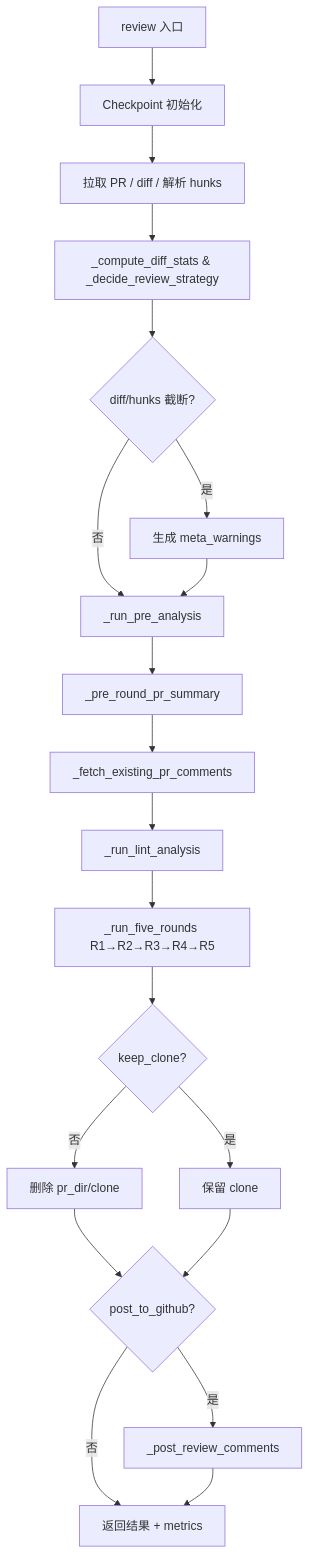
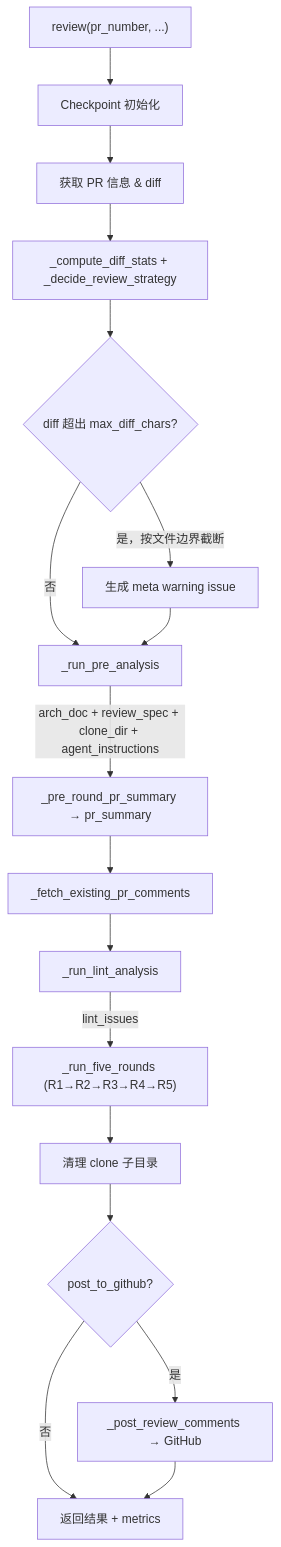
One commit to LazyAGI/LazyLLM changed the diagram in docs/zh/Best Practice/git_review_pipeline.md. Above: the diagram before and after it, drawn with Mermaid. The commit also changed other lines of this file and 5 other files, not shown here.

````diff
--- a/docs/zh/Best Practice/git_review_pipeline.md
+++ b/docs/zh/Best Practice/git_review_pipeline.md
@@ -13,22 +26,19 @@
 ```mermaid
 flowchart TD
-    A[review 入口] --> B[Checkpoint 初始化]
-    B --> C[拉取 PR / diff / 解析 hunks]
-    C --> D[_compute_diff_stats & _decide_review_strategy]
-    D --> E{diff/hunks 截断?}
-    E -->|是| F[生成 meta_warnings]
+    A["review(pr_number, ...)"] --> B[Checkpoint 初始化]
+    B --> C[获取 PR 信息 & diff]
+    C --> D["_compute_diff_stats + _decide_review_strategy"]
+    D --> E{diff 超出 max_diff_chars?}
+    E -->|是，按文件边界截断| F[生成 meta warning issue]
     E -->|否| G[_run_pre_analysis]
     F --> G
-    G --> H[_pre_round_pr_summary]
+    G -->|arch_doc + review_spec + clone_dir + agent_instructions| H["_pre_round_pr_summary → pr_summary"]
     H --> I[_fetch_existing_pr_comments]
     I --> J[_run_lint_analysis]
-    J --> K[_run_five_rounds R1→R2→R3→R4→R5]
-    K --> L{keep_clone?}
-    L -->|否| M[删除 pr_dir/clone]
-    L -->|是| N[保留 clone]
-    M --> O{post_to_github?}
+    J -->|lint_issues| K["_run_five_rounds (R1→R2→R3→R4→R5)"]
+    K --> L[清理 clone 子目录]
+    L --> M{post_to_github?}
+    M -->|是| N[_post_review_comments → GitHub]
+    M -->|否| O[返回结果 + metrics]
     N --> O
-    O -->|是| P[_post_review_comments]
-    O -->|否| Q[返回结果 + metrics]
-    P --> Q
 ```
````
